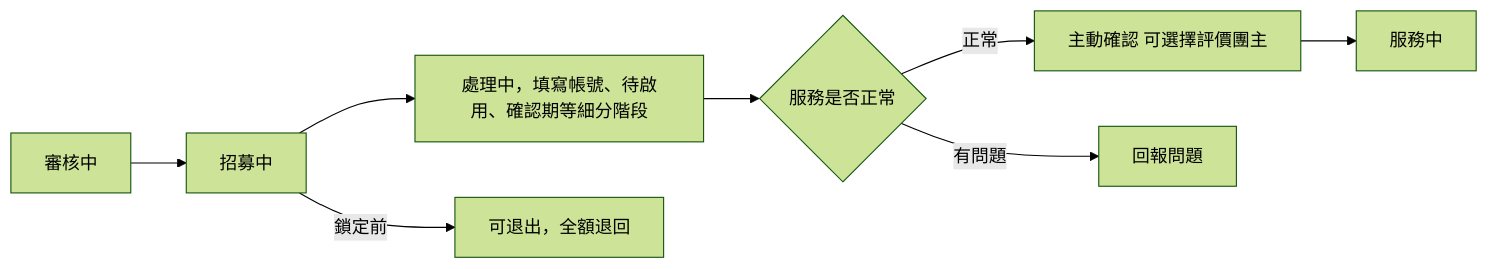
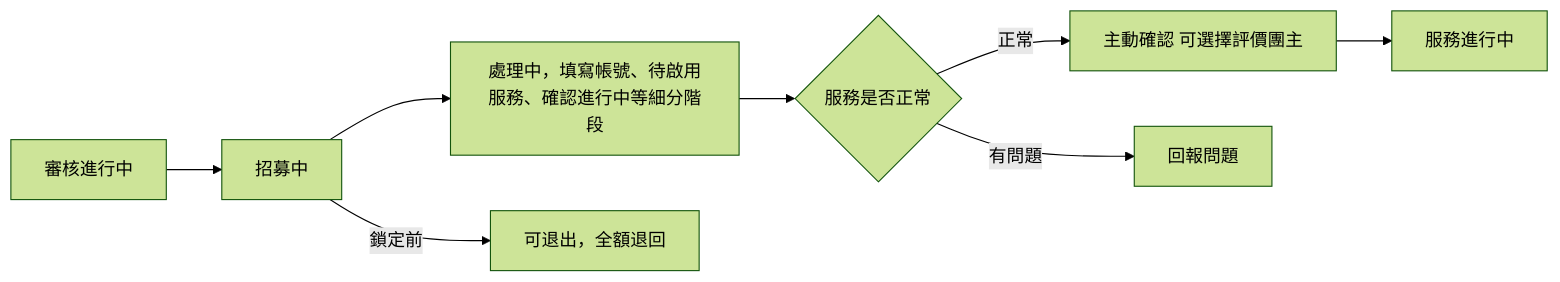
One commit to AndyChia0309/PartyMatch changed the diagram in docs/flows/subscriptions-flow.md. Above: the diagram before and after it, drawn with Mermaid (forest theme). The commit also changed other lines of this file and 45 other files, not shown here.

````diff
--- a/docs/flows/subscriptions-flow.md
+++ b/docs/flows/subscriptions-flow.md
@@ -8,10 +8,10 @@
 ```mermaid
 flowchart LR
-  A[審核中] --> B[招募中]
-  B --> C[處理中，填寫帳號、待啟用、確認期等細分階段]
+  A[審核進行中] --> B[招募中]
+  B --> C[處理中，填寫帳號、待啟用服務、確認進行中等細分階段]
   C --> D{服務是否正常}
   D -->|正常| E[主動確認 可選擇評價團主]
   D -->|有問題| F[回報問題]
-  E --> G[服務中]
+  E --> G[服務進行中]
   B -->|鎖定前| H[可退出，全額退回]
 ```
````
